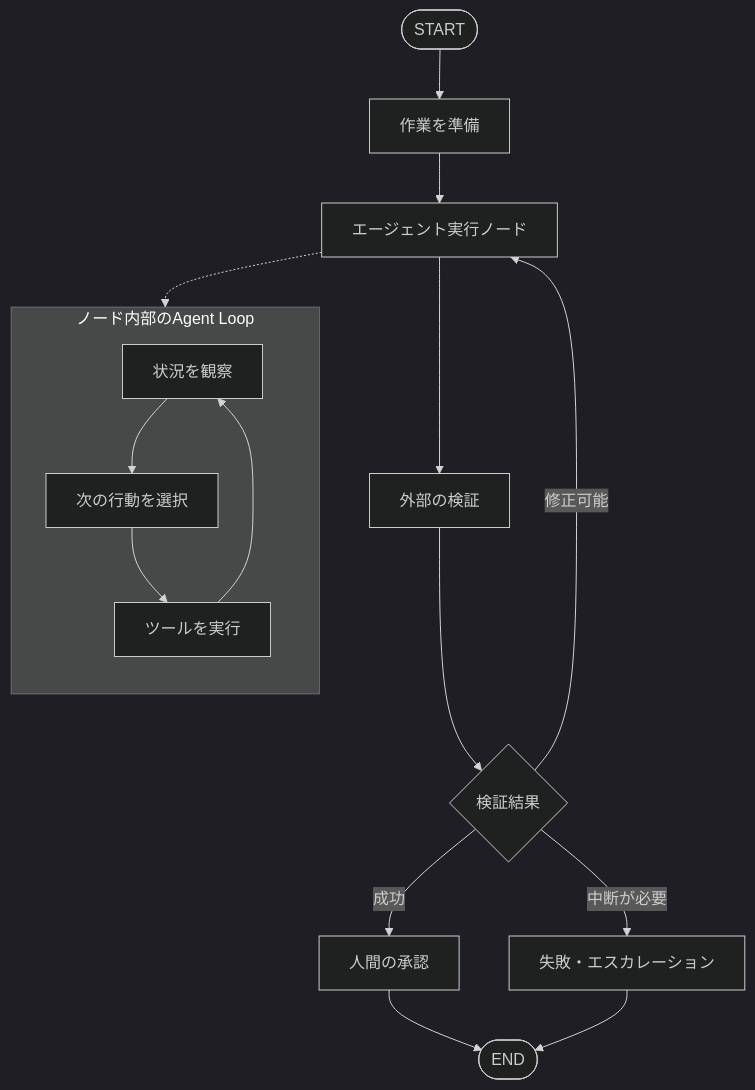
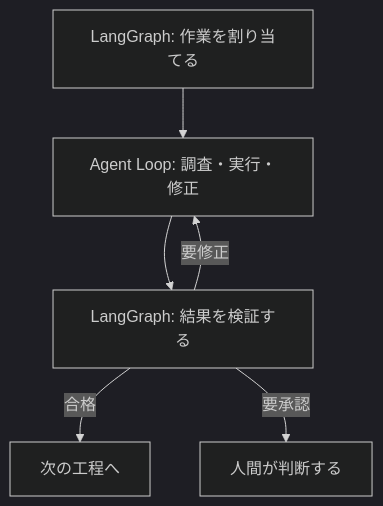
The diagram in articles/graph-agent-orchestration.md (Umemura0212/zenn-content), drawn with Mermaid (dark theme) before and after one commit. The commit also changed other lines of this file, not shown here.

Commit message:
docs: shorten LangGraph article to an accessible overview

````diff
--- a/articles/graph-agent-orchestration.md
+++ b/articles/graph-agent-orchestration.md
@@ -31,19 +15,8 @@
 ```mermaid
 flowchart TD
-    S([START]) --> P[作業を準備]
-    P --> A[エージェント実行ノード]
-    subgraph LOOP[ノード内部のAgent Loop]
-        direction TB
-        O[状況を観察] --> T[次の行動を選択]
-        T --> X[ツールを実行]
-        X --> O
-    end
-    A -.-> LOOP
-    A --> V[外部の検証]
-    V --> D{検証結果}
-    D -->|成功| H[人間の承認]
-    D -->|修正可能| A
-    D -->|中断が必要| F[失敗・エスカレーション]
-    H --> E([END])
-    F --> E
+    A[LangGraph: 作業を割り当てる] --> B[Agent Loop: 調査・実行・修正]
+    B --> C[LangGraph: 結果を検証する]
+    C -->|合格| D[次の工程へ]
+    C -->|要修正| B
+    C -->|要承認| E[人間が判断する]
 ```
````
